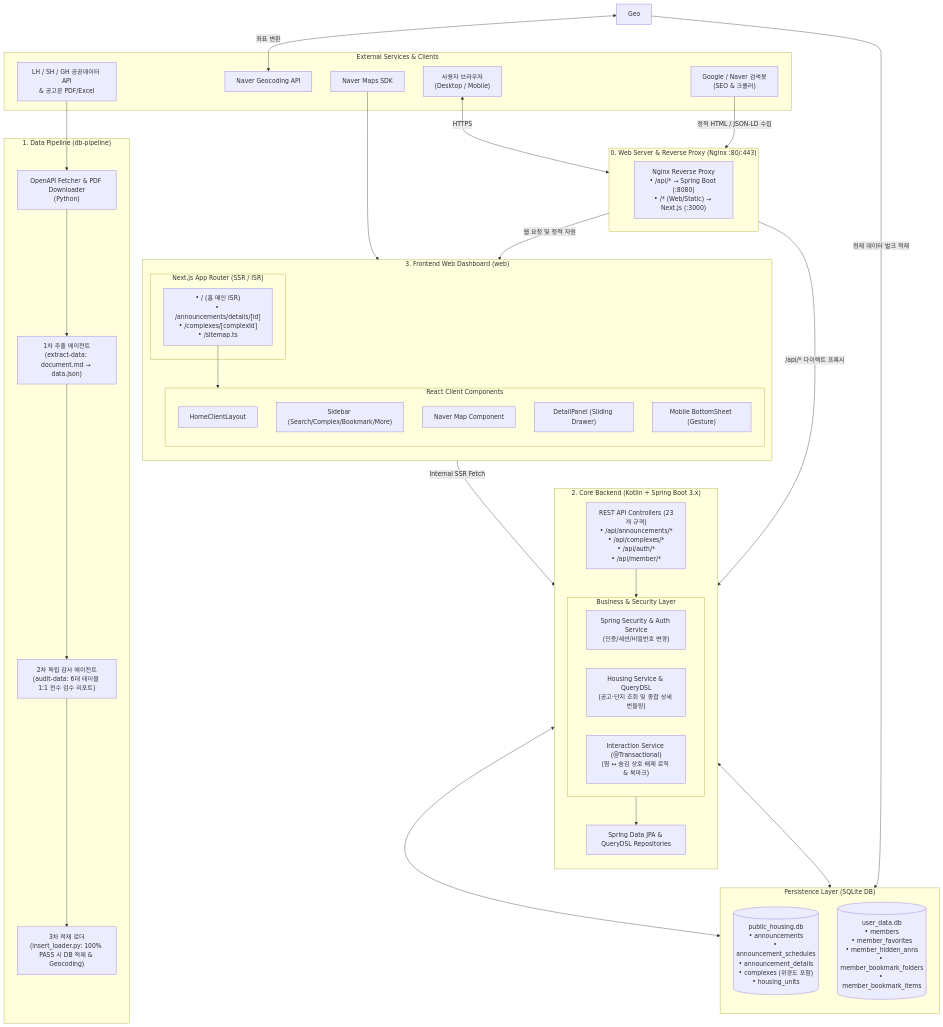
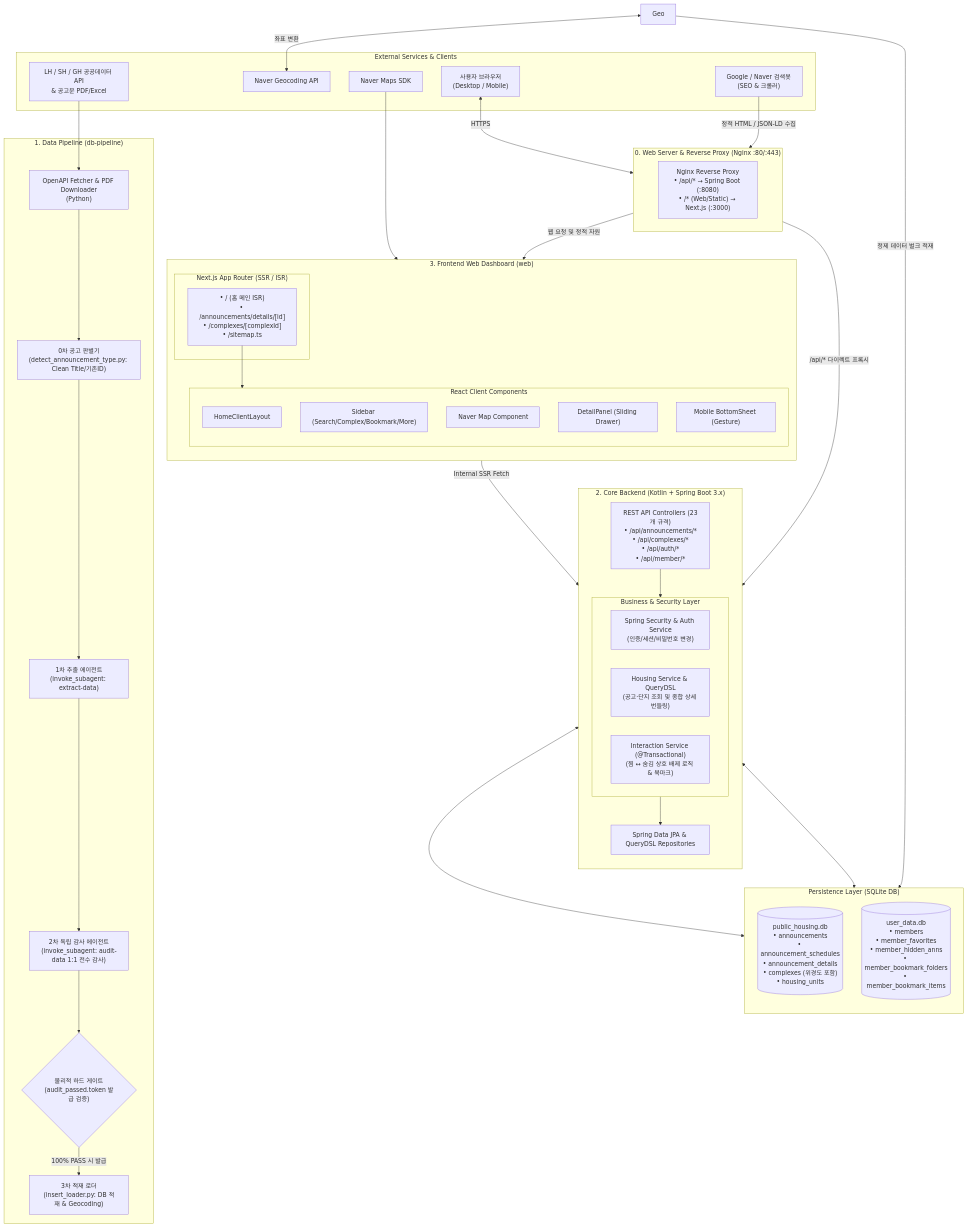
The first of 2 diagrams in docs/dev/ARCHITECTURE.md (JaeMin1130/pleasehome), drawn with Mermaid before and after one commit. The commit also changed 7 other files, not shown here.

```diff
--- a/docs/dev/ARCHITECTURE.md
+++ b/docs/dev/ARCHITECTURE.md
@@ -30,10 +30,12 @@
     %% 2. 데이터 파이프라인 계층
     subgraph Pipeline["1. Data Pipeline (db-pipeline)"]
         Fetch["OpenAPI Fetcher & PDF Downloader<br>(Python)"]
-        ExtractAgent["1차 추출 에이전트<br>(extract-data: document.md → data.json)"]
-        AuditAgent["2차 독립 감사 에이전트<br>(audit-data: 6대 테이블 1:1 전수 검수 리포트)"]
-        Loader["3차 적재 로더<br>(insert_loader.py: 100% PASS 시 DB 적재 & Geocoding)"]
-        Fetch --> ExtractAgent --> AuditAgent --> Loader
+        TypeDetector["0차 공고 판별기<br>(detect_announcement_type.py: Clean Title/기존ID)"]
+        ExtractAgent["1차 추출 에이전트<br>(invoke_subagent: extract-data)"]
+        AuditAgent["2차 독립 감사 에이전트<br>(invoke_subagent: audit-data 1:1 전수 감사)"]
+        TokenGate{"물리적 하드 게이트<br>(audit_passed.token 발급 검증)"}
+        Loader["3차 적재 로더<br>(insert_loader.py: DB 적재 & Geocoding)"]
+        Fetch --> TypeDetector --> ExtractAgent --> AuditAgent --> TokenGate -->|100% PASS 시 발급| Loader
     end
 
     %% 3. 데이터베이스 계층
```
